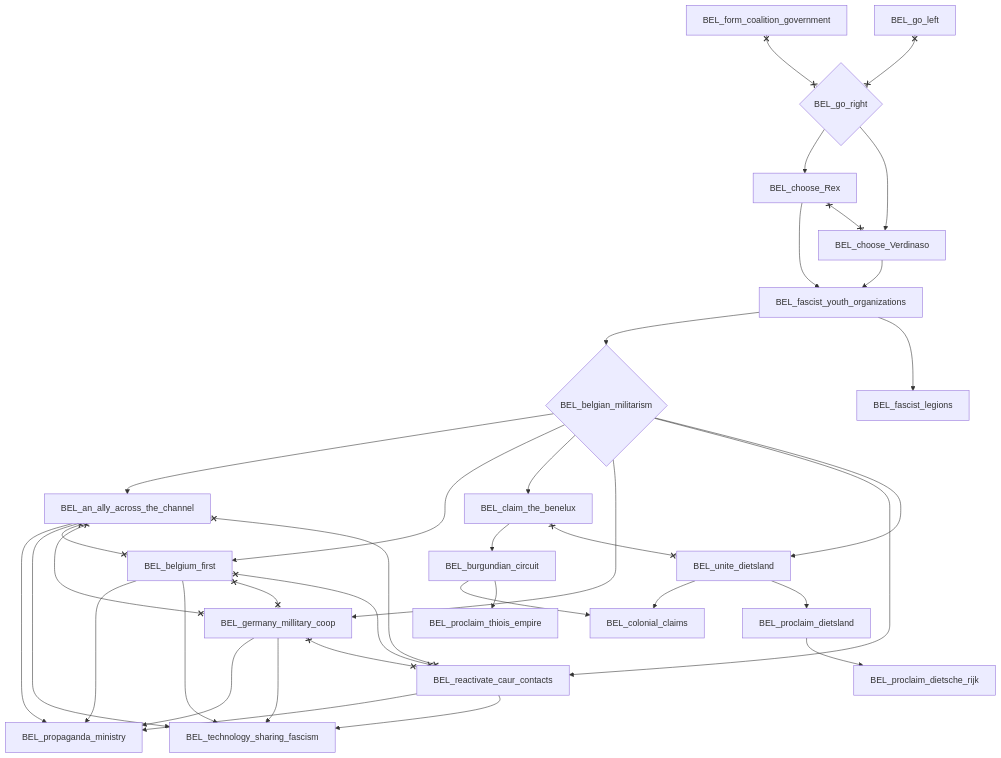
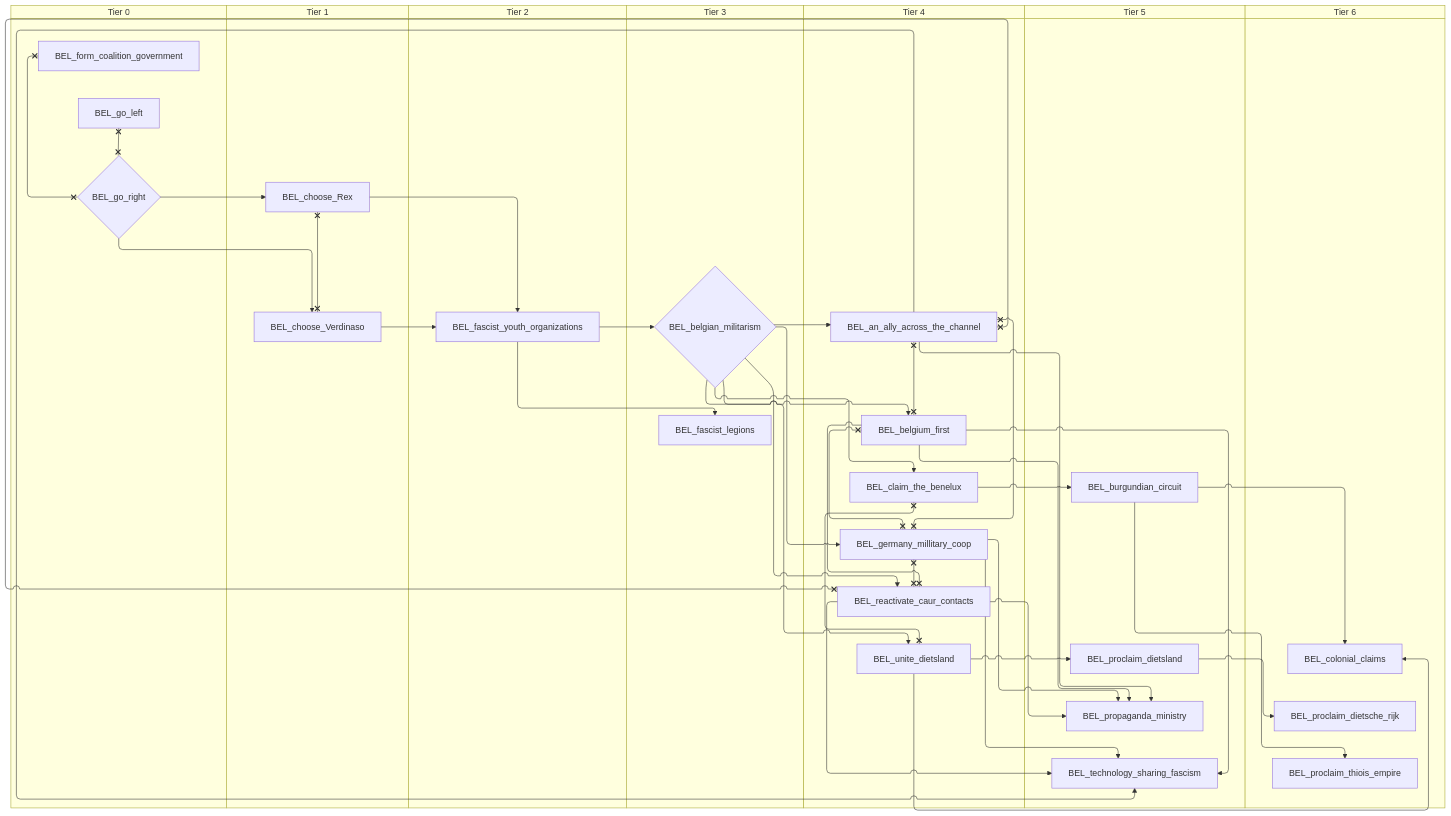
Before and after one commit to evgeny-sobol/hoi4-sandbox-mode-r56: the eighth of 13 diagrams in docs/gdd/National Focuses/r56/r56_belgium.md, drawn with Mermaid. The commit also changed other lines of this file and 423 other files, not shown here.

First line of the commit message:
Re-export Rt56 focus trees as swimlane diagrams

````diff
--- a/docs/gdd/National Focuses/r56/r56_belgium.md
+++ b/docs/gdd/National Focuses/r56/r56_belgium.md
@@ -370,60 +448,74 @@
 ```mermaid
-flowchart TD
-    n100["BEL_an_ally_across_the_channel"]
-    n101{"BEL_belgian_militarism"}
-    n102["BEL_belgium_first"]
-    n103["BEL_burgundian_circuit"]
-    n104["BEL_choose_Rex"]
-    n105["BEL_choose_Verdinaso"]
-    n106["BEL_claim_the_benelux"]
-    n107["BEL_colonial_claims"]
-    n108["BEL_fascist_legions"]
-    n109["BEL_fascist_youth_organizations"]
-    n78["BEL_form_coalition_government"]
-    n110["BEL_germany_millitary_coop"]
-    n79["BEL_go_left"]
-    n80{"BEL_go_right"}
-    n111["BEL_proclaim_dietsche_rijk"]
-    n112["BEL_proclaim_dietsland"]
-    n113["BEL_proclaim_thiois_empire"]
-    n114["BEL_propaganda_ministry"]
-    n115["BEL_reactivate_caur_contacts"]
-    n116["BEL_technology_sharing_fascism"]
-    n117["BEL_unite_dietsland"]
-    n101 --> n100
-    n109 --> n101
+swimlane-beta TD
+    subgraph tier_0["Tier 0"]
+        n68["BEL_form_coalition_government"]
+        n69["BEL_go_left"]
+        n70{"BEL_go_right"}
+    end
+    subgraph tier_1["Tier 1"]
+        n100["BEL_choose_Rex"]
+        n101["BEL_choose_Verdinaso"]
+    end
+    subgraph tier_2["Tier 2"]
+        n102["BEL_fascist_youth_organizations"]
+    end
+    subgraph tier_3["Tier 3"]
+        n103{"BEL_belgian_militarism"}
+        n104["BEL_fascist_legions"]
+    end
+    subgraph tier_4["Tier 4"]
+        n105["BEL_an_ally_across_the_channel"]
+        n106["BEL_belgium_first"]
+        n107["BEL_claim_the_benelux"]
+        n108["BEL_germany_millitary_coop"]
+        n109["BEL_reactivate_caur_contacts"]
+        n110["BEL_unite_dietsland"]
+    end
+    subgraph tier_5["Tier 5"]
+        n111["BEL_burgundian_circuit"]
+        n112["BEL_proclaim_dietsland"]
+        n113["BEL_propaganda_ministry"]
+        n114["BEL_technology_sharing_fascism"]
+    end
+    subgraph tier_6["Tier 6"]
+        n115["BEL_colonial_claims"]
+        n116["BEL_proclaim_dietsche_rijk"]
+        n117["BEL_proclaim_thiois_empire"]
+    end
+    n103 --> n105
+    n102 --> n103
+    n103 --> n106
+    n107 --> n111
+    n70 --> n100
+    n70 --> n101
+    n103 --> n107
+    n111 --> n115
+    n110 --> n115
+    n102 --> n104
+    n100 --> n102
     n101 --> n102
-    n106 --> n103
-    n80 --> n104
-    n80 --> n105
-    n101 --> n106
-    n103 --> n107
-    n117 --> n107
-    n109 --> n108
-    n104 --> n109
-    n105 --> n109
-    n101 --> n110
-    n112 --> n111
-    n117 --> n112
-    n103 --> n113
-    n110 --> n114
-    n102 --> n114
-    n115 --> n114
-    n100 --> n114
-    n101 --> n115
-    n110 --> n116
-    n102 --> n116
-    n115 --> n116
-    n100 --> n116
-    n101 --> n117
-    n100 x--x n102
-    n100 x--x n110
-    n100 x--x n115
-    n102 x--x n110
-    n102 x--x n115
-    n104 x--x n105
-    n106 x--x n117
-    n78 x--x n80
-    n110 x--x n115
-    n79 x--x n80
+    n103 --> n108
+    n112 --> n116
+    n110 --> n112
+    n111 --> n117
+    n108 --> n113
+    n106 --> n113
+    n109 --> n113
+    n105 --> n113
+    n103 --> n109
+    n108 --> n114
+    n106 --> n114
+    n109 --> n114
+    n105 --> n114
+    n103 --> n110
+    n105 x--x n106
+    n105 x--x n108
+    n105 x--x n109
+    n106 x--x n108
+    n106 x--x n109
+    n100 x--x n101
+    n107 x--x n110
+    n68 x--x n70
+    n108 x--x n109
+    n69 x--x n70
 ```
````
